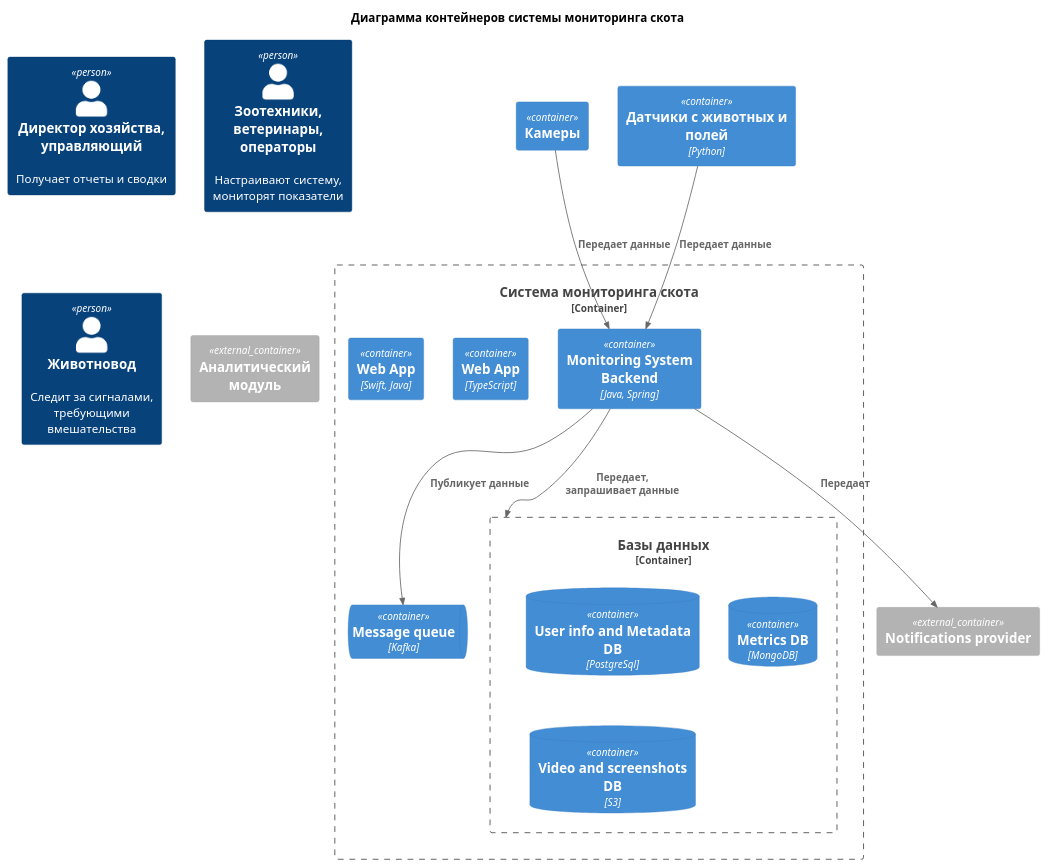
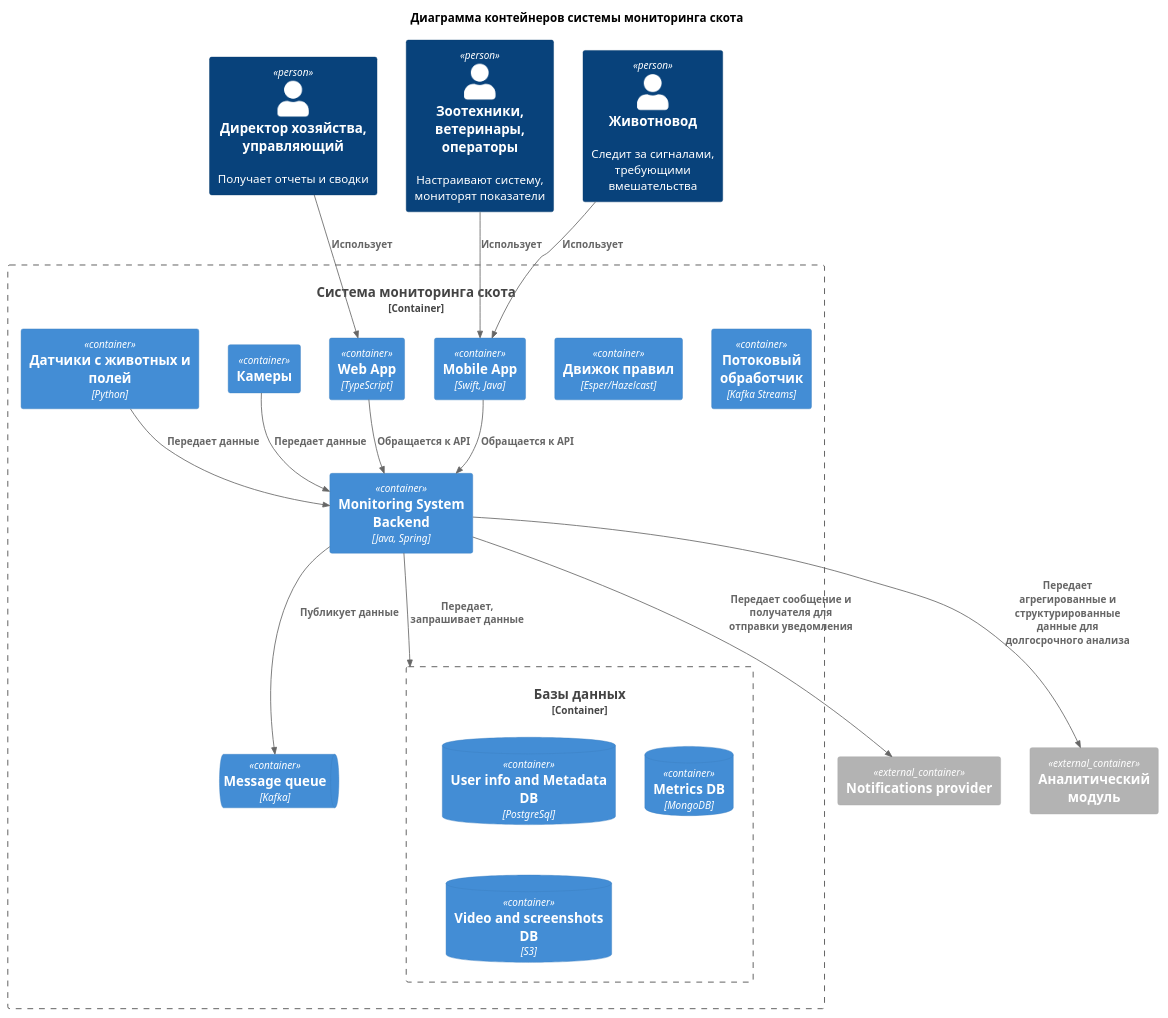
Before and after one commit to kmalkova94/MSA-AgroTech: the diagram in Task2/C2.puml, drawn with PlantUML. The commit also changed 1 other file, not shown here.

```diff
--- a/Task2/C2.puml
+++ b/Task2/C2.puml
@@ -1,34 +1,42 @@
 @startuml Диаграмма контейнеров системы мониторинга скота
 !include https://raw.githubusercontent.com/plantuml-stdlib/C4-PlantUML/master/C4_Container.puml
 
 title Диаграмма контейнеров системы мониторинга скота
 
 Person(администратор, "Директор хозяйства, управляющий", "Получает отчеты и сводки")
 Person(менеджер, "Зоотехники, ветеринары, операторы", "Настраивают систему, мониторят показатели")
 Person(животновод, "Животновод", "Следит за сигналами, требующими вмешательства")
 
 Container_Boundary(monitoring_system, "Система мониторинга скота"){
     Container(backend, "Monitoring System Backend", "Java, Spring")
     Container_Boundary(dbs, "Базы данных"){
         ContainerDb(user_info_db, "User info and Metadata DB", "PostgreSql")
         ContainerDb(metrics_db, "Metrics DB", "MongoDB")
         ContainerDb(video_photo_db, "Video and screenshots DB", "S3")
     }
     ContainerQueue(kafka, "Message queue", "Kafka")
+    Container(stream_processor, "Потоковый обработчик", "Kafka Streams")
+    Container(rules_engine, "Движок правил", "Esper/Hazelcast")
     Container(web_app, "Web App", "TypeScript")
-    Container(mobile_app, "Web App", "Swift, Java")
+    Container(mobile_app, "Mobile App", "Swift, Java")
+
+    Container(камеры, "Камеры")
+    Container(датчики, "Датчики с животных и полей", "Python")
 }
 Container_Ext(notifications, "Notifications provider")
 Container_Ext(analytics, "Аналитический модуль")
 
-Container(камеры, "Камеры")
-Container(датчики, "Датчики с животных и полей", "Python")
-
 Rel(камеры, backend, "Передает данные")
 Rel(датчики, backend, "Передает данные")
+
 Rel(backend, dbs, "Передает, запрашивает данные")
 Rel(backend, kafka, "Публикует данные")
-Rel(backend, notifications, "Передает ")
+Rel(backend, notifications, "Передает сообщение и получателя для отправки уведомления")
+Rel(backend, analytics, "Передает агрегированные и структурированные данные для долгосрочного анализа")
+Rel(web_app, backend, "Обращается к API")
+Rel(mobile_app, backend, "Обращается к API")
 
-
+Rel(администратор, web_app, "Использует")
+Rel(менеджер, mobile_app, "Использует")
+Rel(животновод, mobile_app, "Использует")
 @enduml
```
